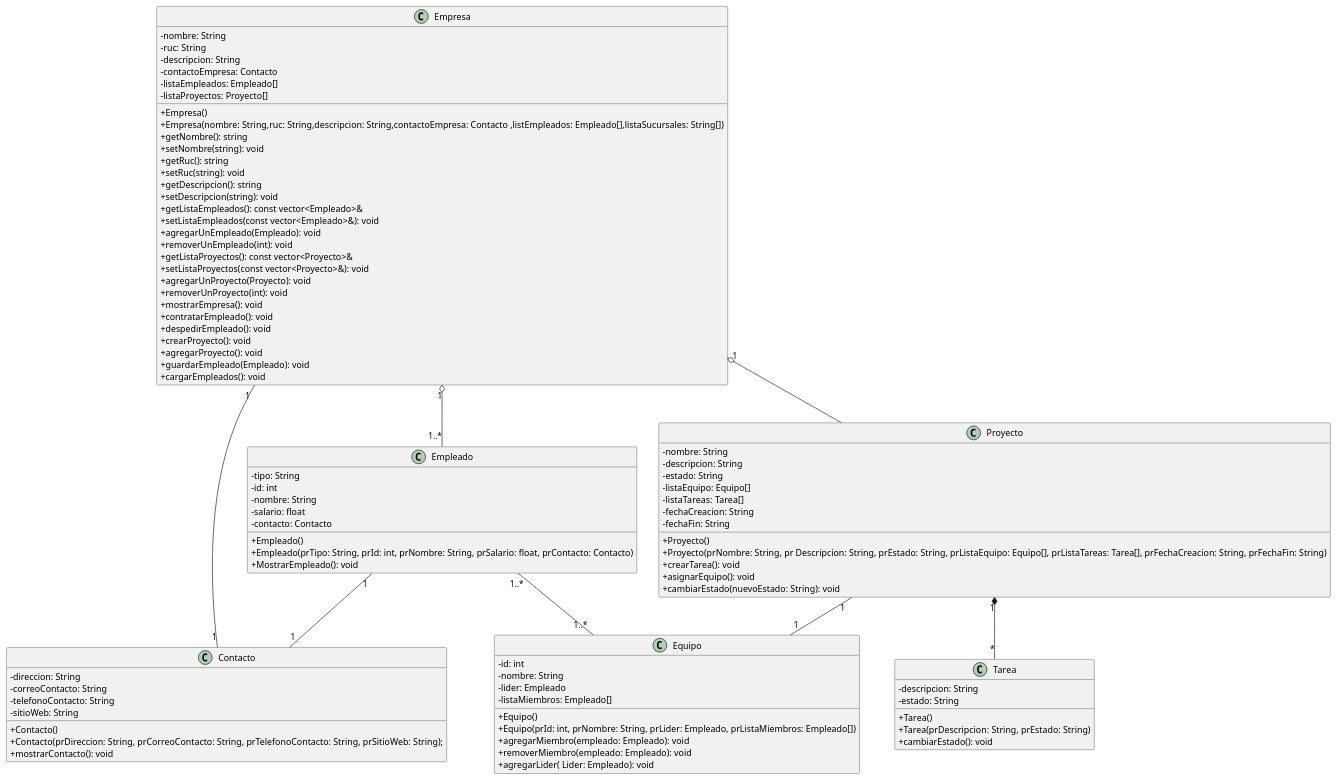
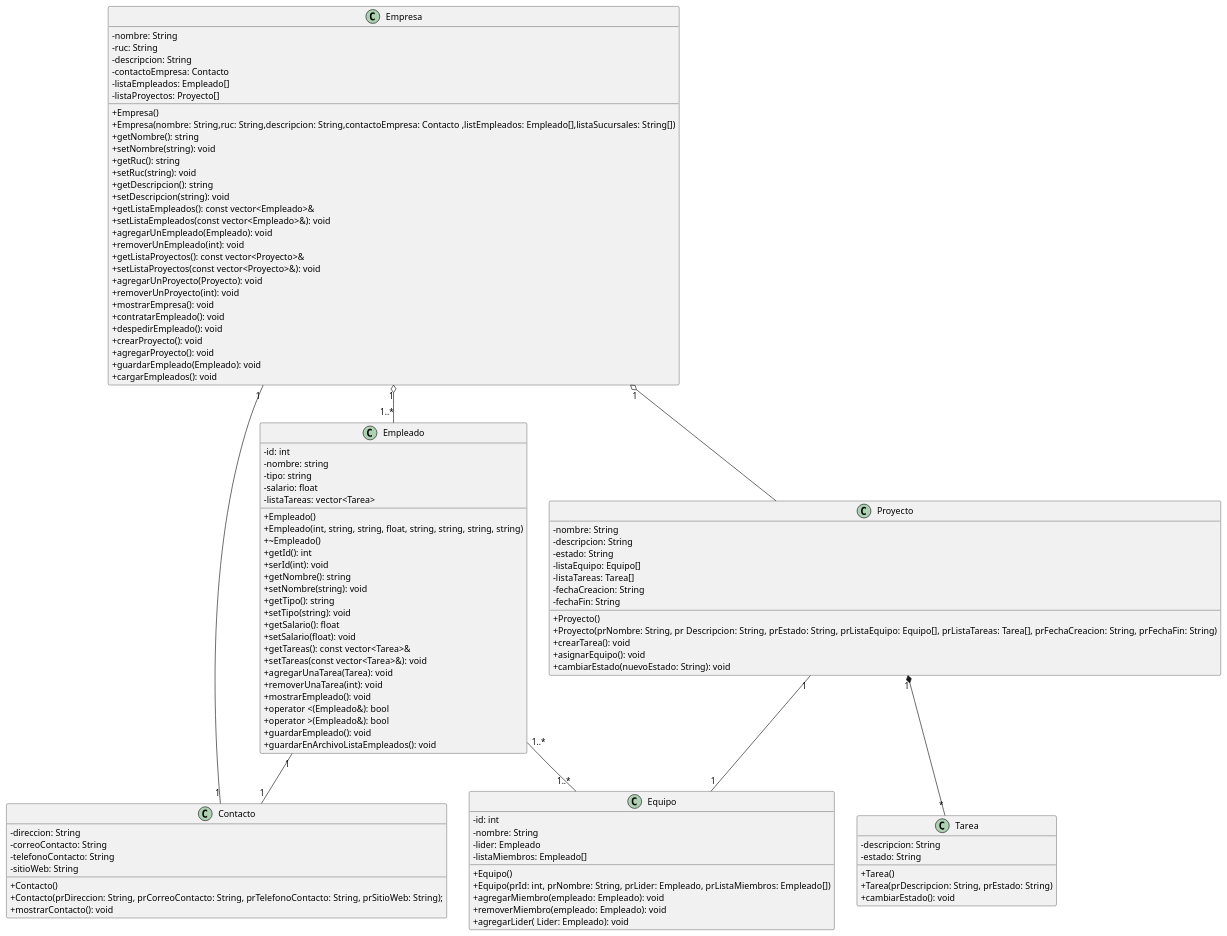
Before and after one commit to royfrankly/empresaurios: the diagram in diagramaClass.puml, drawn with PlantUML.

Commit message:
Update diagramaClass.puml
Cambio contacto

```diff
--- a/diagramaClass.puml
+++ b/diagramaClass.puml
@@ -1,101 +1,116 @@
 @startuml
 skinparam ClassAttributeIconSize 0
 class Empresa {
     -nombre: String
     -ruc: String
     -descripcion: String
     -contactoEmpresa: Contacto
     -listaEmpleados: Empleado[]
     -listaProyectos: Proyecto[]
 
     +Empresa()
     +Empresa(nombre: String,ruc: String,descripcion: String,contactoEmpresa: Contacto ,listEmpleados: Empleado[],listaSucursales: String[])
     + getNombre(): string
     + setNombre(string): void
     + getRuc(): string
     + setRuc(string): void
     + getDescripcion(): string
     + setDescripcion(string): void
     + getListaEmpleados(): const vector<Empleado>&
     + setListaEmpleados(const vector<Empleado>&): void
     + agregarUnEmpleado(Empleado): void
     + removerUnEmpleado(int): void
     + getListaProyectos(): const vector<Proyecto>&
     + setListaProyectos(const vector<Proyecto>&): void
     + agregarUnProyecto(Proyecto): void
     + removerUnProyecto(int): void
     + mostrarEmpresa(): void
     + contratarEmpleado(): void
     + despedirEmpleado(): void
     + crearProyecto(): void
     + agregarProyecto(): void
     + guardarEmpleado(Empleado): void
     + cargarEmpleados(): void
 }
 
 class Empleado {
-    -tipo: String
-    -id: int
-    -nombre: String
-    -salario: float
-    -contacto: Contacto
-
-
-    +Empleado()
-    +Empleado(prTipo: String, prId: int, prNombre: String, prSalario: float, prContacto: Contacto)
-    +MostrarEmpleado(): void
+  - id: int
+  - nombre: string
+  - tipo: string
+  - salario: float
+  - listaTareas: vector<Tarea>
+  + Empleado()
+  + Empleado(int, string, string, float, string, string, string, string)
+  + ~Empleado()
+  + getId(): int
+  + serId(int): void
+  + getNombre(): string
+  + setNombre(string): void
+  + getTipo(): string
+  + setTipo(string): void
+  + getSalario(): float
+  + setSalario(float): void
+  + getTareas(): const vector<Tarea>&
+  + setTareas(const vector<Tarea>&): void
+  + agregarUnaTarea(Tarea): void
+  + removerUnaTarea(int): void
+  + mostrarEmpleado(): void
+  + operator <(Empleado&): bool
+  + operator >(Empleado&): bool
+  + guardarEmpleado(): void
+  + guardarEnArchivoListaEmpleados(): void
 }
 class Contacto{
     -direccion: String
     -correoContacto: String
     -telefonoContacto: String
     -sitioWeb: String
     
     +Contacto()
     +Contacto(prDireccion: String, prCorreoContacto: String, prTelefonoContacto: String, prSitioWeb: String);
     +mostrarContacto(): void
 }  
 
 class Proyecto {
     -nombre: String
     -descripcion: String
     -estado: String
     -listaEquipo: Equipo[]
     -listaTareas: Tarea[]
     -fechaCreacion: String
     -fechaFin: String
 
     +Proyecto()
     +Proyecto(prNombre: String, pr Descripcion: String, prEstado: String, prListaEquipo: Equipo[], prListaTareas: Tarea[], prFechaCreacion: String, prFechaFin: String)
     +crearTarea(): void
     +asignarEquipo(): void
     +cambiarEstado(nuevoEstado: String): void
 }
 
 class Equipo {
     -id: int
     -nombre: String
     -lider: Empleado
     -listaMiembros: Empleado[]
 
     +Equipo()
     +Equipo(prId: int, prNombre: String, prLider: Empleado, prListaMiembros: Empleado[])
     +agregarMiembro(empleado: Empleado): void
     +removerMiembro(empleado: Empleado): void
     +agregarLider( Lider: Empleado): void
 }
 Class Tarea {
     -descripcion: String
     -estado: String
     +Tarea()
     +Tarea(prDescripcion: String, prEstado: String)
     +cambiarEstado(): void
 }
 Empresa "1"-- "1" Contacto
 Empleado "1"--"1" Contacto
 Empresa "1" o--"1..*"Empleado 
 Empleado "1..*"--"1..*" Equipo
 Proyecto "1" --"1" Equipo
 Proyecto "1"*--"*" Tarea
 Empresa "1" o-- Proyecto
 @enduml
```
